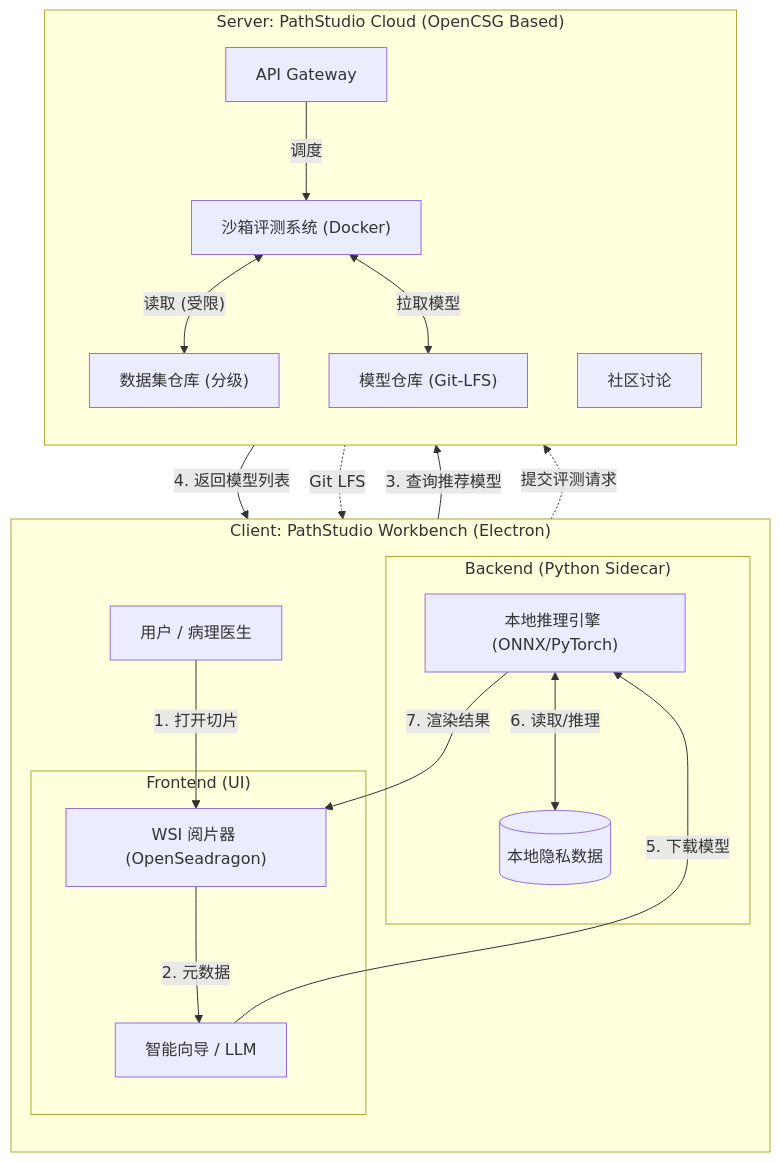
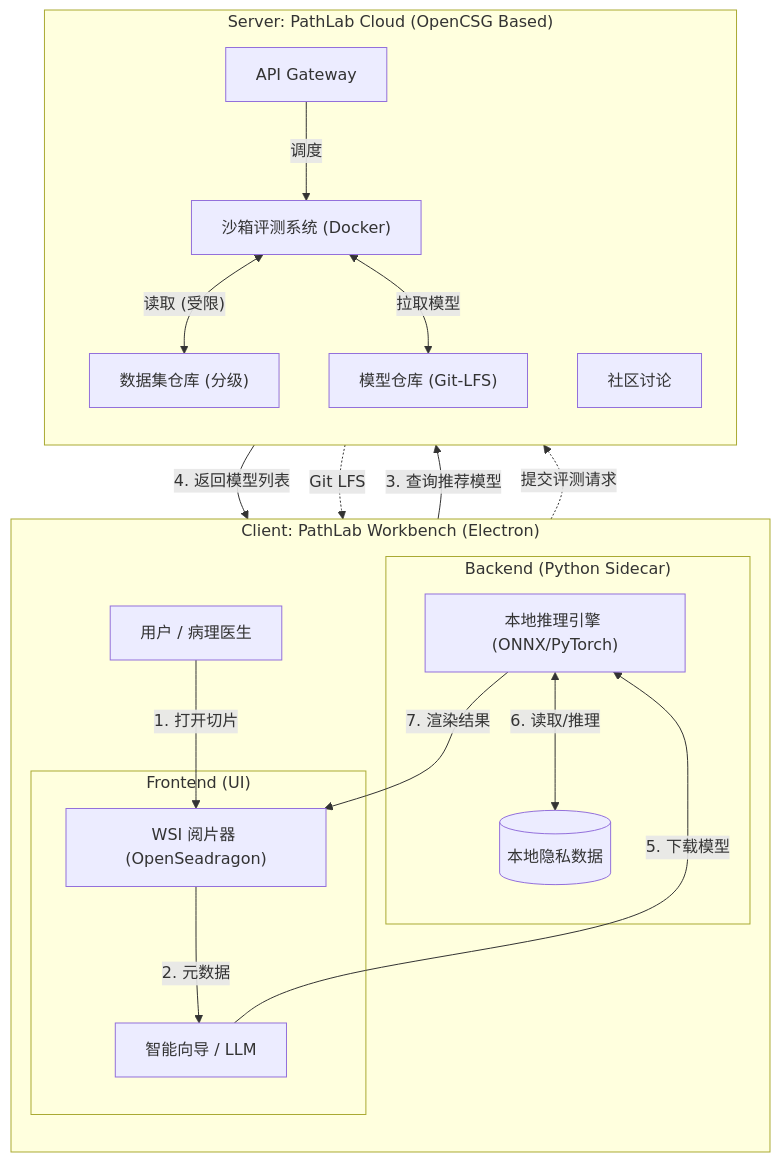
One commit to ChengJin-git/PathLab changed the diagram in README.md. Above: the diagram before and after it, drawn with Mermaid. The commit also changed other lines of this file and 247 other files, not shown here.

Commit message:
Chore: Rebrand to PathLab

````diff
--- a/README.md
+++ b/README.md
@@ -116,44 +116,44 @@
 ```mermaid
 graph TD
     %% 定义子图：Client 端
-    subgraph ClientBox ["Client: PathStudio Workbench (Electron)"]
+    subgraph ClientBox ["Client: PathLab Workbench (Electron)"]
         direction TB
         User["用户 / 病理医生"]
         
         subgraph FrontendBox ["Frontend (UI)"]
             Viewer["WSI 阅片器 (OpenSeadragon)"]
             Wizard["智能向导 / LLM"]
         end
         
         subgraph BackendBox ["Backend (Python Sidecar)"]
             Inference["本地推理引擎 (ONNX/PyTorch)"]
             LocalStorage[("本地隐私数据")]
         end
     end
 
     %% 定义子图：Server 端
-    subgraph ServerBox ["Server: PathStudio Cloud (OpenCSG Based)"]
+    subgraph ServerBox ["Server: PathLab Cloud (OpenCSG Based)"]
         direction TB
         API["API Gateway"]
         ModelRepo["模型仓库 (Git-LFS)"]
         DataRepo["数据集仓库 (分级)"]
         Sandbox["沙箱评测系统 (Docker)"]
         Social["社区讨论"]
     end
 
     %% 交互流连线
     User -->|"1. 打开切片"| Viewer
     Viewer -->|"2. 元数据"| Wizard
     Wizard -->|"3. 查询推荐模型"| API
     API -->|"4. 返回模型列表"| Wizard
     Wizard -->|"5. 下载模型"| Inference
     ModelRepo -.->|"Git LFS"| Inference
     Inference <-->|"6. 读取/推理"| LocalStorage
     Inference -->|"7. 渲染结果"| Viewer
 
     %% 评测流 (Blind Evaluation)
     User -.->|"提交评测请求"| API
     API -->|"调度"| Sandbox
     Sandbox <-->|"读取 (受限)"| DataRepo
     Sandbox <-->|"拉取模型"| ModelRepo
 ```
````
